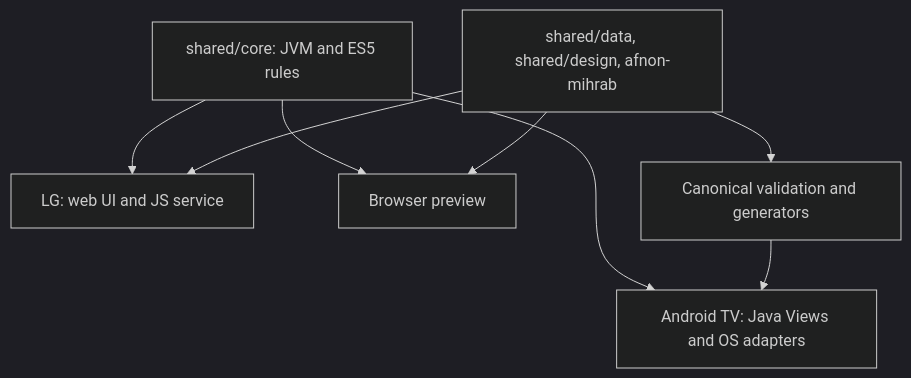
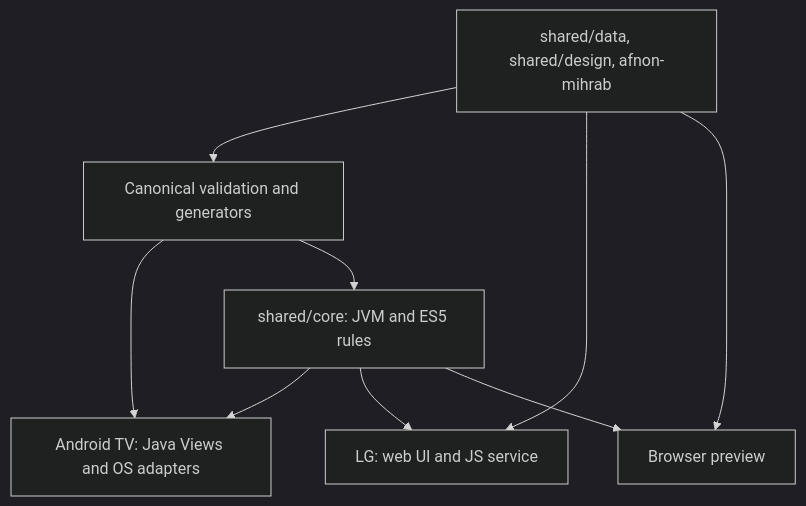
Before and after one commit to AbdelrahmanHajjaj/IslamicTVLauncher: the diagram in docs/ARCHITECTURE.md, drawn with Mermaid (dark theme). The commit also changed other lines of this file and 24 other files, not shown here.

````diff
--- a/docs/ARCHITECTURE.md
+++ b/docs/ARCHITECTURE.md
@@ -8,10 +8,11 @@
 ```mermaid
 flowchart TD
     Core[shared/core: JVM and ES5 rules] --> Android[Android TV: Java Views and OS adapters]
     Core --> LG[LG: web UI and JS service]
     Core --> Preview[Browser preview]
     Sources[shared/data, shared/design, afnon-mihrab] --> Generators[Canonical validation and generators]
     Generators --> Android
+    Generators --> Core
     Sources --> LG
     Sources --> Preview
 ```
````
